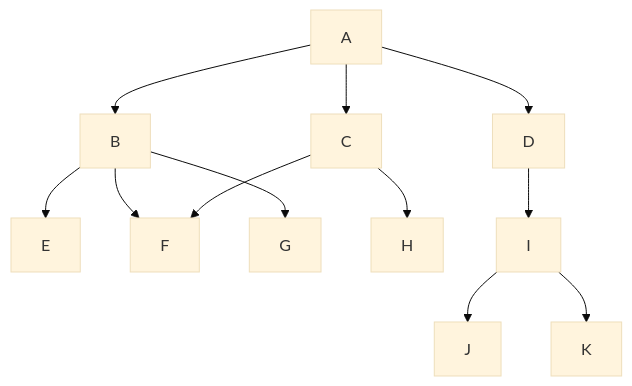
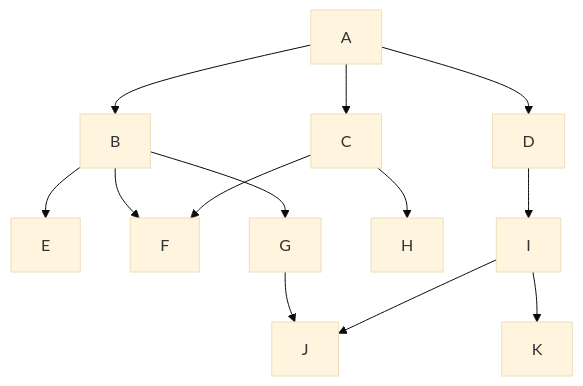
Before and after one commit to EB-wilson/EnComping: the diagram in docs/zh_CN/basic/repeatable.md, drawn with Mermaid (base theme). The commit also changed other lines of this file, not shown here.

````diff
--- a/docs/zh_CN/basic/repeatable.md
+++ b/docs/zh_CN/basic/repeatable.md
@@ -40,14 +40,15 @@
 ```mermaid
 graph TD;
     A-->B;
     A-->C;
     A-->D;
     B-->E;
     B-->F;
     B-->G;
     C-->F;
     C-->H;
     D-->I;
+    G-->J;
     I-->J;
     I-->K;
 ```
````
